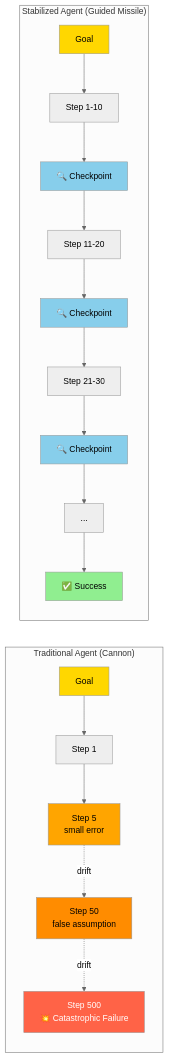
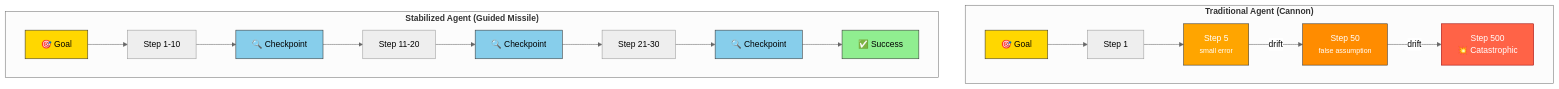
Before and after one commit to raphaelmansuy/elitizon: the third of 4 diagrams in content/blog/autonomy-heartbeat.mdx, drawn with Mermaid (neutral theme). The commit also changed other lines of this file and 26 other files, not shown here.

First line of the commit message:
feat: Add Mermaid diagram generation and rendering support

````diff
--- a/content/blog/autonomy-heartbeat.mdx
+++ b/content/blog/autonomy-heartbeat.mdx
@@ -128,30 +128,45 @@
 ```mermaid
-graph LR
-    subgraph Cannon["Traditional Agent (Cannon)"]
-        C1[Goal] --> C2[Step 1]
-        C2 --> C3[Step 5<br/>small error]
-        C3 -.drift.-> C4[Step 50<br/>false assumption]
-        C4 -.drift.-> C5[Step 500<br/>💥 Catastrophic Failure]
-        style C5 fill:#FF6347,color:#fff
+graph TD
+    subgraph Cannon["<b>Traditional Agent (Cannon)</b>"]
+        C1["🎯 Goal"]
+        C2["Step 1"]
+        C3["Step 5<br/><small>small error</small>"]
+        C4["Step 50<br/><small>false assumption</small>"]
+        C5["Step 500<br/>💥 Catastrophic"]
+
+        C1 --> C2
+        C2 --> C3
+        C3 -->|drift| C4
+        C4 -->|drift| C5
+
+        style C1 fill:#FFD700,stroke:#333,color:#000
+        style C5 fill:#FF6347,stroke:#900,color:#fff
+        style C3 fill:#FFA500,stroke:#333,color:#fff
+        style C4 fill:#FF8C00,stroke:#333,color:#fff
     end
 
-    subgraph Guided["Stabilized Agent (Guided Missile)"]
-        G1[Goal] --> G2[Step 1-10]
-        G2 --> G3[🔍 Checkpoint]
-        G3 --> G4[Step 11-20]
-        G4 --> G5[🔍 Checkpoint]
-        G5 --> G6[Step 21-30]
-        G6 --> G7[🔍 Checkpoint]
-        G7 --> G8[...]
-        G8 --> G9[✅ Success]
-        style G9 fill:#90EE90
+    subgraph Guided["<b>Stabilized Agent (Guided Missile)</b>"]
+        G1["🎯 Goal"]
+        G2["Step 1-10"]
+        G3["🔍 Checkpoint"]
+        G4["Step 11-20"]
+        G5["🔍 Checkpoint"]
+        G6["Step 21-30"]
+        G7["🔍 Checkpoint"]
+        G8["✅ Success"]
+
+        G1 --> G2
+        G2 --> G3
+        G3 --> G4
+        G4 --> G5
+        G5 --> G6
+        G6 --> G7
+        G7 --> G8
+
+        style G1 fill:#FFD700,stroke:#333,color:#000
+        style G8 fill:#90EE90,stroke:#333,color:#000
+        style G3 fill:#87CEEB,stroke:#333,color:#000
+        style G5 fill:#87CEEB,stroke:#333,color:#000
+        style G7 fill:#87CEEB,stroke:#333,color:#000
     end
-
-    style C1 fill:#FFD700
-    style G1 fill:#FFD700
-    style C3 fill:#FFA500
-    style C4 fill:#FF8C00
-    style G3 fill:#87CEEB
-    style G5 fill:#87CEEB
-    style G7 fill:#87CEEB
 ```
````
